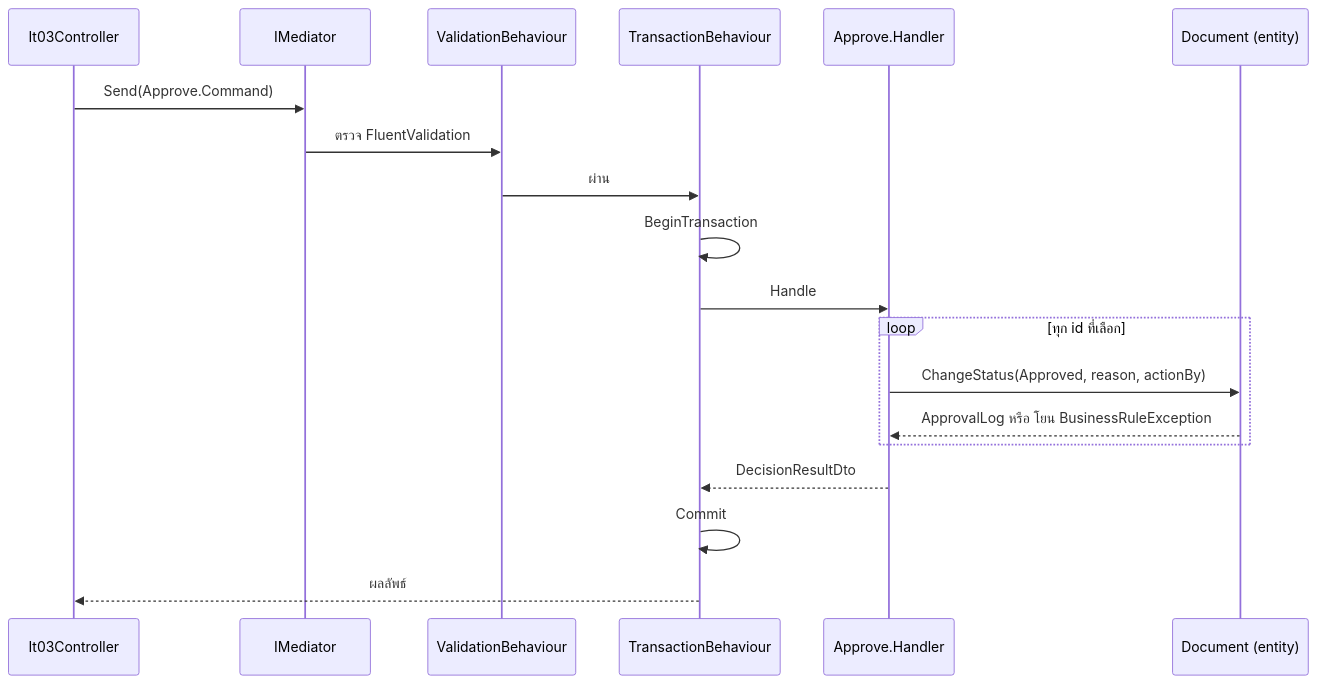
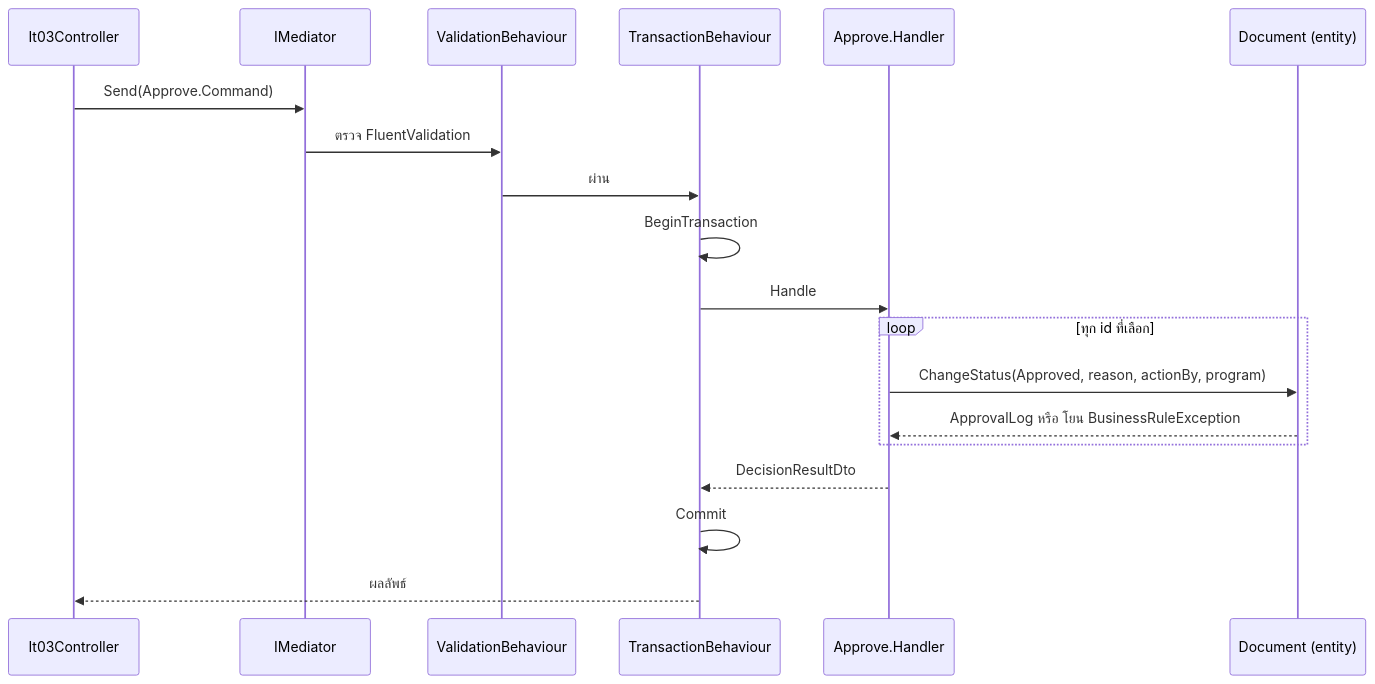
One commit to ekbodin316046/test-ekbodin changed the second of 2 diagrams in docs/design/01-architecture.md. Above: the diagram before and after it, drawn with Mermaid. The commit also changed other lines of this file and 4 other files, not shown here.

````diff
--- a/docs/design/01-architecture.md
+++ b/docs/design/01-architecture.md
@@ -38,22 +38,22 @@
 ```mermaid
 sequenceDiagram
   participant C as It03Controller
   participant M as IMediator
   participant V as ValidationBehaviour
   participant T as TransactionBehaviour
   participant H as Approve.Handler
   participant D as Document (entity)
 
   C->>M: Send(Approve.Command)
   M->>V: ตรวจ FluentValidation
   V->>T: ผ่าน
   T->>T: BeginTransaction
   T->>H: Handle
   loop ทุก id ที่เลือก
-    H->>D: ChangeStatus(Approved, reason, actionBy)
+    H->>D: ChangeStatus(Approved, reason, actionBy, program)
     D-->>H: ApprovalLog หรือ โยน BusinessRuleException
   end
   H-->>T: DecisionResultDto
   T->>T: Commit
   T-->>C: ผลลัพธ์
 ```
````
